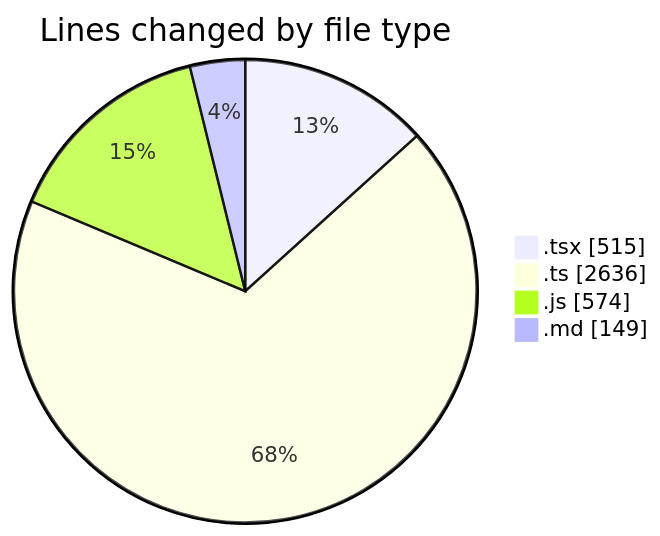
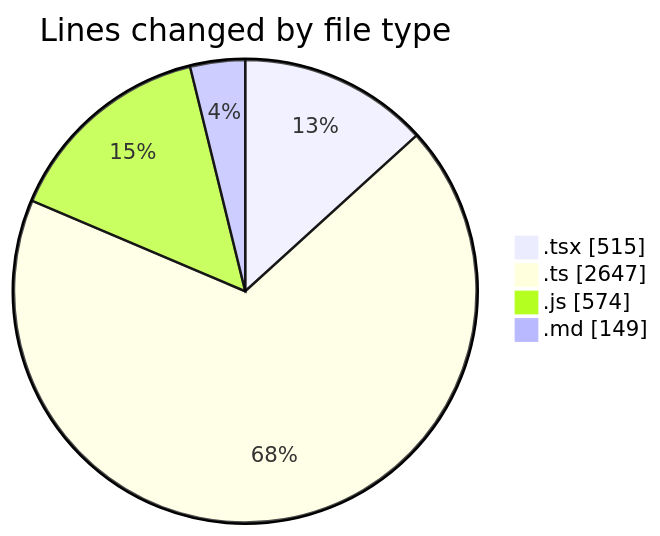
The first of 2 diagrams in 2026-06-04/cda/README.md (momahboobian/code-tracking), drawn with Mermaid before and after one commit. The commit also changed other lines of this file and 1 other file, not shown here.

````diff
--- a/2026-06-04/cda/README.md
+++ b/2026-06-04/cda/README.md
@@ -35,8 +35,8 @@
 ```mermaid
 pie showData
 title Lines changed by file type
 ".tsx" : 515
-".ts" : 2636
+".ts" : 2647
 ".js" : 574
 ".md" : 149
 ```
````
